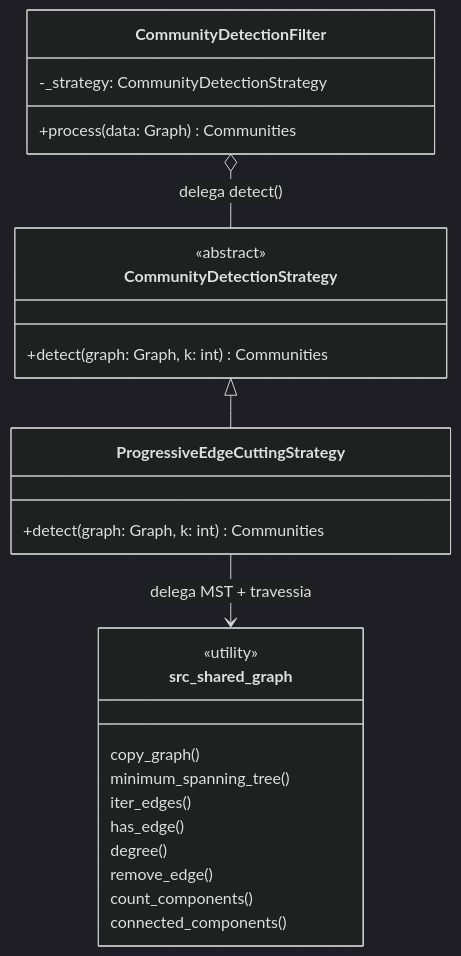
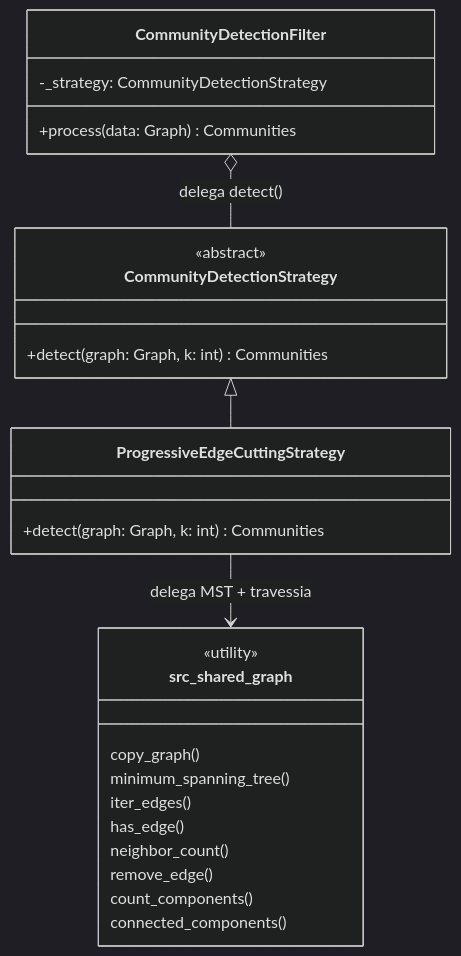
The fifth of 5 diagrams in docs/padroes_projeto.md (RufinoVfR/GameReviewGraph), drawn with Mermaid (dark theme) before and after one commit. The commit also changed 8 other files, not shown here.

First line of the commit message:
feat: implement graph metrics (neighbor_count, total_edge_weight, density)

````diff
--- a/docs/padroes_projeto.md
+++ b/docs/padroes_projeto.md
@@ -257,32 +257,32 @@
 ```mermaid
 classDiagram
     class CommunityDetectionStrategy {
         <<abstract>>
         +detect(graph: Graph, k: int) Communities
     }
 
     class ProgressiveEdgeCuttingStrategy {
         +detect(graph: Graph, k: int) Communities
     }
 
     class src_shared_graph {
         <<utility>>
         copy_graph()
         minimum_spanning_tree()
         iter_edges()
         has_edge()
-        degree()
+        neighbor_count()
         remove_edge()
         count_components()
         connected_components()
     }
 
     class CommunityDetectionFilter {
         -_strategy: CommunityDetectionStrategy
         +process(data: Graph) Communities
     }
 
     CommunityDetectionStrategy <|-- ProgressiveEdgeCuttingStrategy
     CommunityDetectionFilter o-- CommunityDetectionStrategy : delega detect()
     ProgressiveEdgeCuttingStrategy --> src_shared_graph : delega MST + travessia
 ```
````
